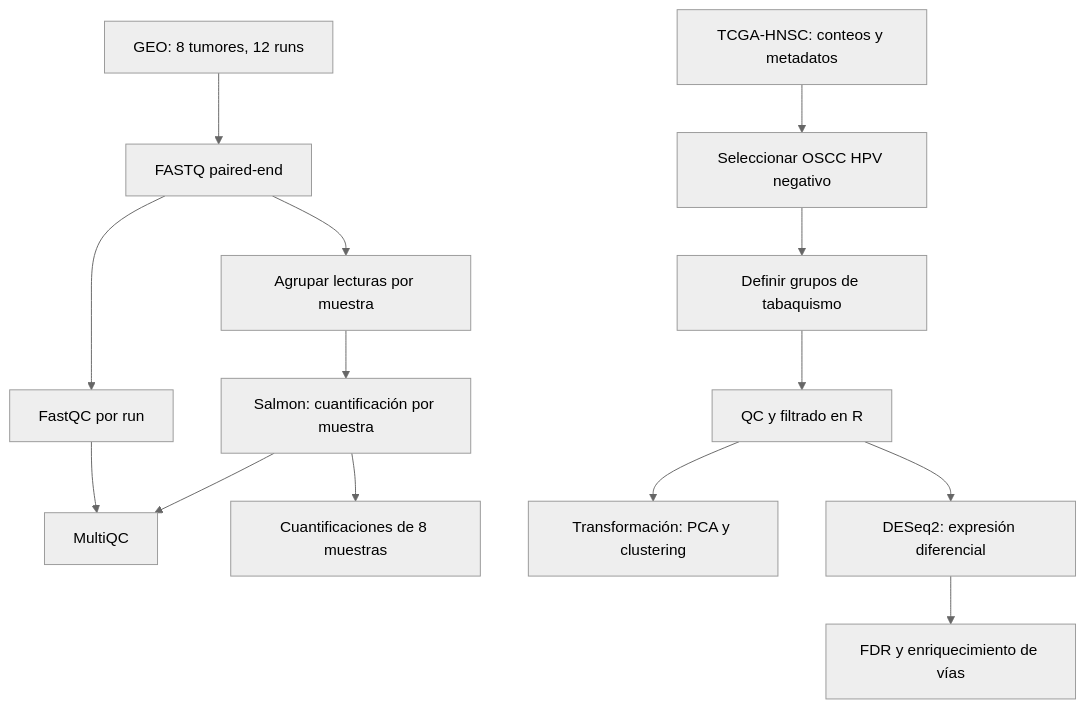
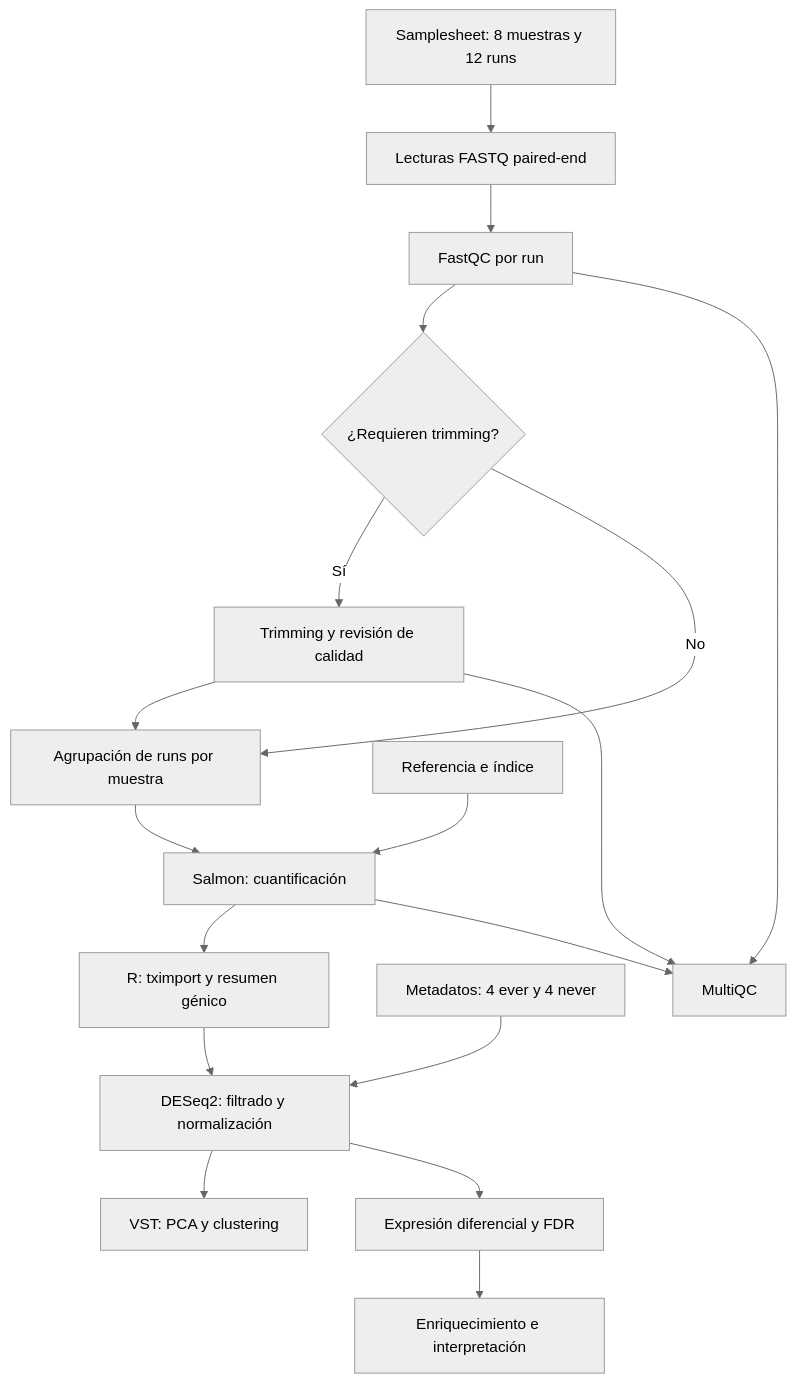
Before and after one commit to javcanelo/cancer_oral_tabaco: the diagram in docs/workflow.md, drawn with Mermaid (neutral theme). The commit also changed other lines of this file and 2 other files, not shown here.

Commit message:
edicion readme y añadir sample_metadata.csv

````diff
--- a/docs/workflow.md
+++ b/docs/workflow.md
@@ -3,17 +6,20 @@
 ```mermaid
 flowchart TD
-    A["GEO: 8 tumores, 12 runs"] --> B["FASTQ paired-end"]
+    A["Samplesheet: 8 muestras y 12 runs"] --> B["Lecturas FASTQ paired-end"]
     B --> C["FastQC por run"]
-    B --> D["Agrupar lecturas por muestra"]
-    D --> E["Salmon: cuantificación por muestra"]
-    C --> F["MultiQC"]
+    C --> D{"¿Requieren trimming?"}
+    D -->|Sí| E["Trimming y revisión de calidad"]
+    D -->|No| F["Agrupación de runs por muestra"]
     E --> F
-    E --> G["Cuantificaciones de 8 muestras"]
-
-    H["TCGA-HNSC: conteos y metadatos"] --> I["Seleccionar OSCC HPV negativo"]
-    I --> J["Definir grupos de tabaquismo"]
-    J --> K["QC y filtrado en R"]
-    K --> L["Transformación: PCA y clustering"]
-    K --> M["DESeq2: expresión diferencial"]
-    M --> N["FDR y enriquecimiento de vías"]
+    F --> G["Salmon: cuantificación"]
+    R["Referencia e índice"] --> G
+    G --> H["R: tximport y resumen génico"]
+    M["Metadatos: 4 ever y 4 never"] --> I["DESeq2: filtrado y normalización"]
+    H --> I
+    I --> J["VST: PCA y clustering"]
+    I --> K["Expresión diferencial y FDR"]
+    K --> L["Enriquecimiento e interpretación"]
+    C --> Q["MultiQC"]
+    E --> Q
+    G --> Q
 ```
````
